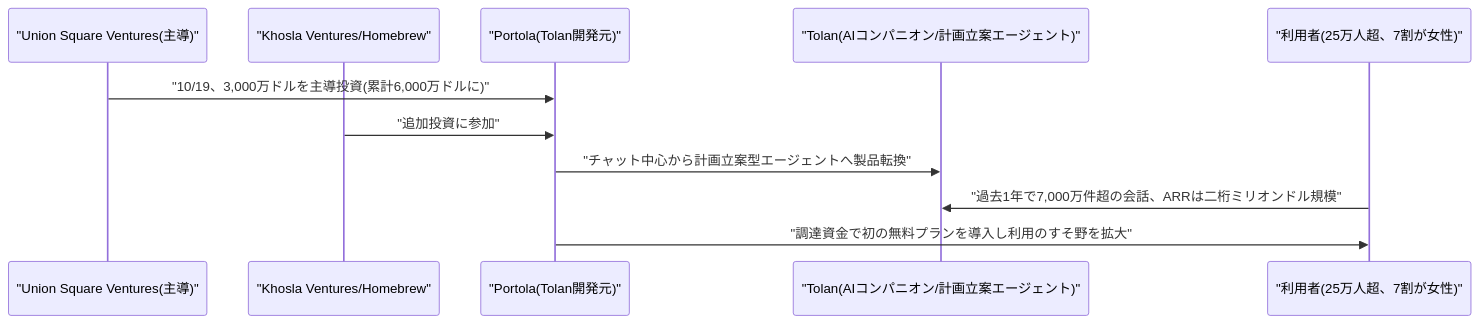
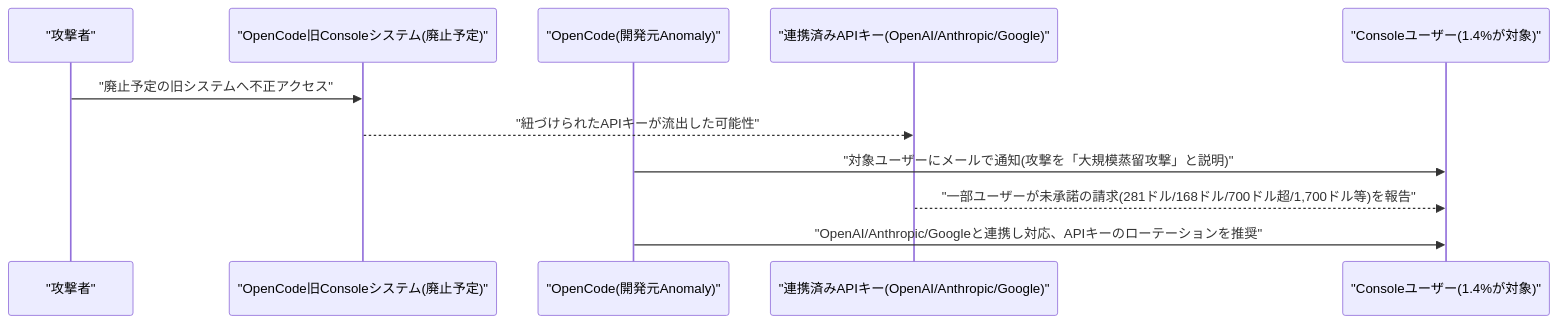
Before and after one commit to NaoyaKinoshita/llm-agent-digest: the second of 2 diagrams in daily/2026/10/2026-10-19.md, drawn with Mermaid. The commit also changed other lines of this file, not shown here.

First line of the commit message:
fix: Vol.171の未裏付け項目を修正(NVIDIA Nemotron/Portola調達を削除、OpenCode侵害を追加)

````diff
--- a/daily/2026/10/2026-10-19.md
+++ b/daily/2026/10/2026-10-19.md
@@ -99,14 +84,14 @@
 ```mermaid
 sequenceDiagram
-    participant USV as "Union Square Ventures(主導)"
-    participant Khosla as "Khosla Ventures/Homebrew"
-    participant Portola as "Portola(Tolan開発元)"
-    participant Tolan as "Tolan(AIコンパニオン/計画立案エージェント)"
-    participant Users as "利用者(25万人超、7割が女性)"
+    participant Attacker as "攻撃者"
+    participant Legacy as "OpenCode旧Consoleシステム(廃止予定)"
+    participant OpenCode as "OpenCode(開発元Anomaly)"
+    participant Keys as "連携済みAPIキー(OpenAI/Anthropic/Google)"
+    participant Users as "Consoleユーザー(1.4%が対象)"
 
-    USV->>Portola: "10/19、3,000万ドルを主導投資(累計6,000万ドルに)"
-    Khosla->>Portola: "追加投資に参加"
-    Portola->>Tolan: "チャット中心から計画立案型エージェントへ製品転換"
-    Users->>Tolan: "過去1年で7,000万件超の会話、ARRは二桁ミリオンドル規模"
-    Portola->>Users: "調達資金で初の無料プランを導入し利用のすそ野を拡大"
+    Attacker->>Legacy: "廃止予定の旧システムへ不正アクセス"
+    Legacy-->>Keys: "紐づけられたAPIキーが流出した可能性"
+    OpenCode->>Users: "対象ユーザーにメールで通知(攻撃を「大規模蒸留攻撃」と説明)"
+    Keys-->>Users: "一部ユーザーが未承諾の請求(281ドル/168ドル/700ドル超/1,700ドル等)を報告"
+    OpenCode->>Users: "OpenAI/Anthropic/Googleと連携し対応、APIキーのローテーションを推奨"
 ```
````
